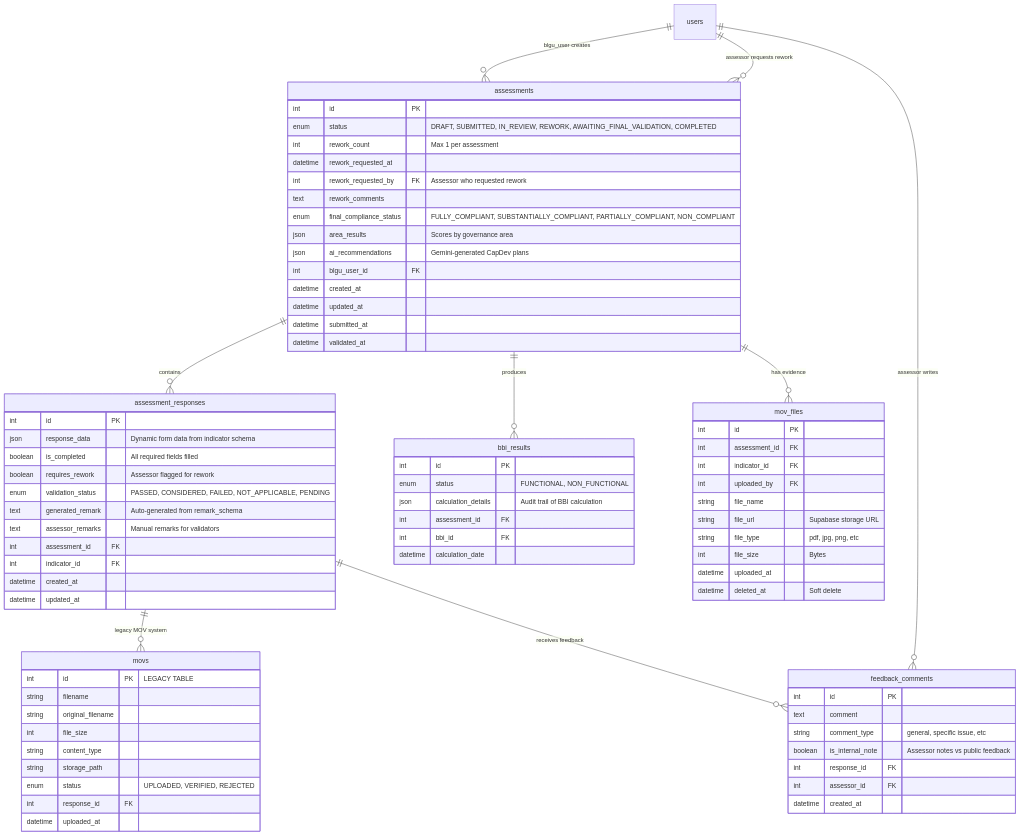
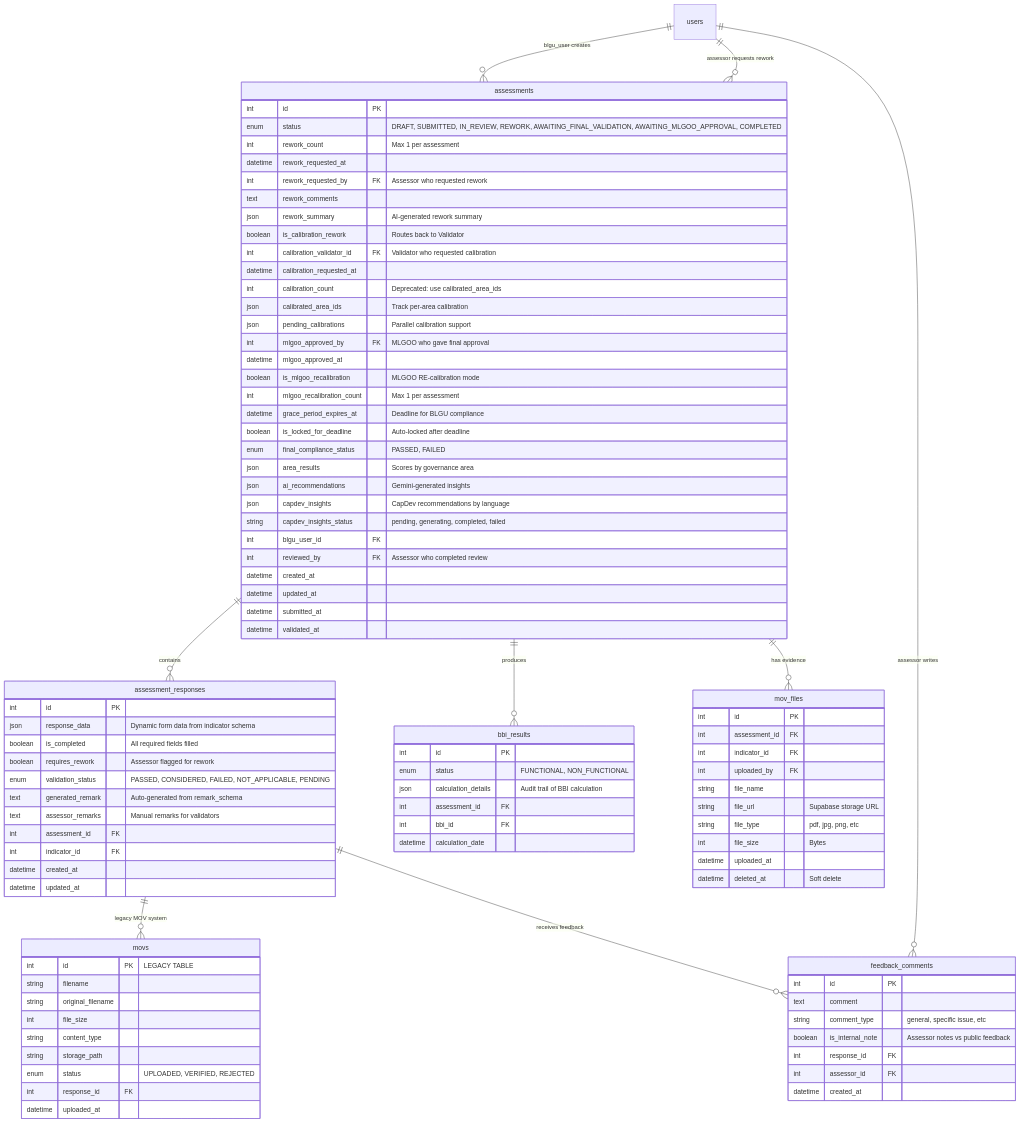
The third of 8 diagrams in docs/architecture/database-schema.md (generyand/sinag), drawn with Mermaid before and after one commit. The commit also changed other lines of this file and 9 other files, not shown here.

First line of the commit message:
docs: Update architecture documentation and clean up stale files

```diff
--- a/docs/architecture/database-schema.md
+++ b/docs/architecture/database-schema.md
@@ -362,15 +401,31 @@
 
     assessments {
         int id PK
-        enum status "DRAFT, SUBMITTED, IN_REVIEW, REWORK, AWAITING_FINAL_VALIDATION, COMPLETED"
+        enum status "DRAFT, SUBMITTED, IN_REVIEW, REWORK, AWAITING_FINAL_VALIDATION, AWAITING_MLGOO_APPROVAL, COMPLETED"
         int rework_count "Max 1 per assessment"
         datetime rework_requested_at
         int rework_requested_by FK "Assessor who requested rework"
         text rework_comments
-        enum final_compliance_status "FULLY_COMPLIANT, SUBSTANTIALLY_COMPLIANT, PARTIALLY_COMPLIANT, NON_COMPLIANT"
+        json rework_summary "AI-generated rework summary"
+        boolean is_calibration_rework "Routes back to Validator"
+        int calibration_validator_id FK "Validator who requested calibration"
+        datetime calibration_requested_at
+        int calibration_count "Deprecated: use calibrated_area_ids"
+        json calibrated_area_ids "Track per-area calibration"
+        json pending_calibrations "Parallel calibration support"
+        int mlgoo_approved_by FK "MLGOO who gave final approval"
+        datetime mlgoo_approved_at
+        boolean is_mlgoo_recalibration "MLGOO RE-calibration mode"
+        int mlgoo_recalibration_count "Max 1 per assessment"
+        datetime grace_period_expires_at "Deadline for BLGU compliance"
+        boolean is_locked_for_deadline "Auto-locked after deadline"
+        enum final_compliance_status "PASSED, FAILED"
         json area_results "Scores by governance area"
-        json ai_recommendations "Gemini-generated CapDev plans"
+        json ai_recommendations "Gemini-generated insights"
+        json capdev_insights "CapDev recommendations by language"
+        string capdev_insights_status "pending, generating, completed, failed"
         int blgu_user_id FK
+        int reviewed_by FK "Assessor who completed review"
         datetime created_at
         datetime updated_at
         datetime submitted_at
```
